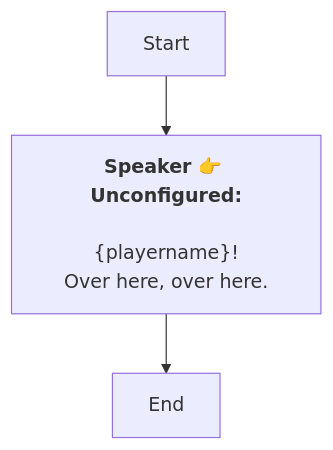
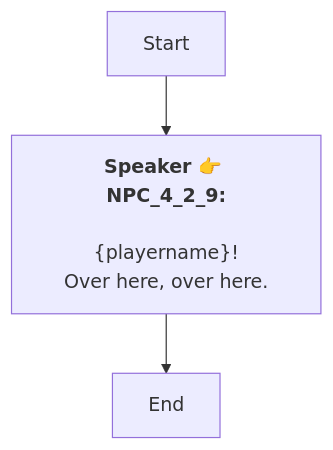
One commit to SoftHu/tos_avg changed the diagram in En/Dialog_54440123531925.md. Above: the diagram before and after it, drawn with Mermaid. The commit also changed 737 other files, not shown here.

````diff
--- a/En/Dialog_54440123531925.md
+++ b/En/Dialog_54440123531925.md
@@ -1,9 +1,8 @@
 ```mermaid
 graph
-Start -->1742083958150433[<b>Speaker 👉 Unconfigured:</b>
-
-&lbrace;playername&rbrace;!
+Start -->1742083958150433[<b>Speaker 👉 NPC_4_2_9:</b>
+\n&lbrace;playername&rbrace;!
 Over here, over here.]
 1742083958150433 -->1742083958150434[End]
 
- ```
+```
````
